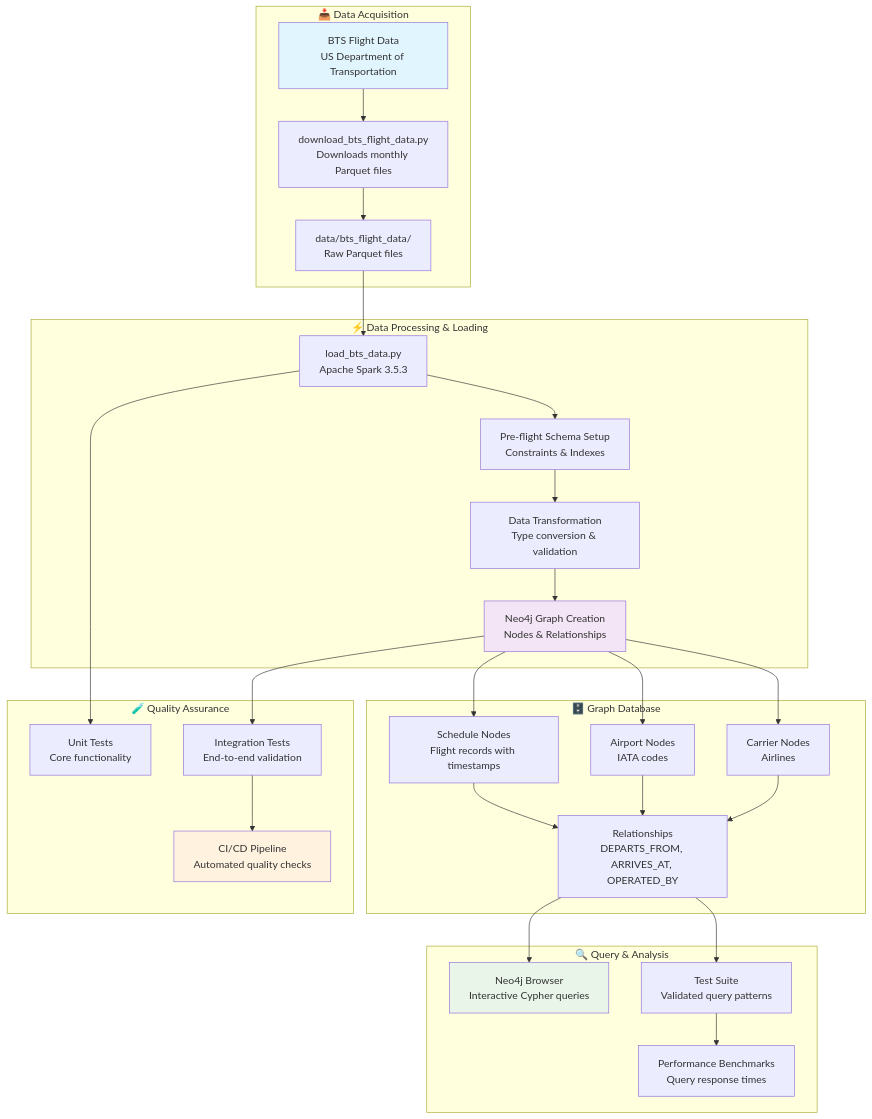
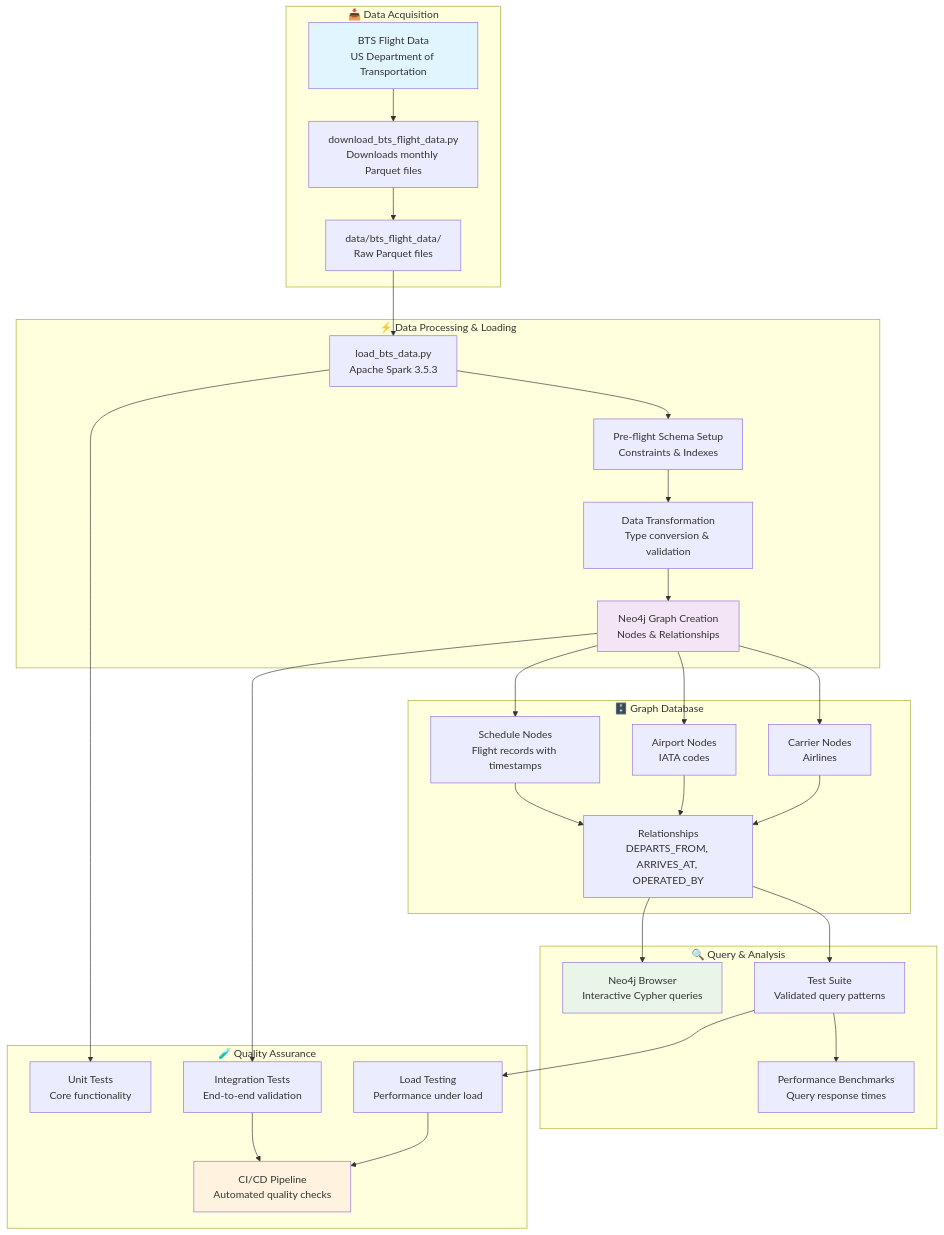
Before and after one commit to alexwoolford/flight-schedule: the diagram in README.md, drawn with Mermaid. The commit also changed other lines of this file and 15 other files, not shown here.

````diff
--- a/README.md
+++ b/README.md
@@ -277,58 +353,61 @@
 ```mermaid
 graph TB
     subgraph "📥 Data Acquisition"
         A[BTS Flight Data<br/>US Department of Transportation]
         B[download_bts_flight_data.py<br/>Downloads monthly Parquet files]
         C[data/bts_flight_data/<br/>Raw Parquet files]
     end
 
     subgraph "⚡ Data Processing & Loading"
         D[load_bts_data.py<br/>Apache Spark 3.5.3]
         E[Pre-flight Schema Setup<br/>Constraints & Indexes]
         F[Data Transformation<br/>Type conversion & validation]
         G[Neo4j Graph Creation<br/>Nodes & Relationships]
     end
 
     subgraph "🗄️ Graph Database"
         H[Schedule Nodes<br/>Flight records with timestamps]
         I[Airport Nodes<br/>IATA codes]
         J[Carrier Nodes<br/>Airlines]
         K[Relationships<br/>DEPARTS_FROM, ARRIVES_AT, OPERATED_BY]
     end
 
     subgraph "🔍 Query & Analysis"
         L[Neo4j Browser<br/>Interactive Cypher queries]
         M[Test Suite<br/>Validated query patterns]
         N[Performance Benchmarks<br/>Query response times]
     end
 
     subgraph "🧪 Quality Assurance"
         O[Unit Tests<br/>Core functionality]
         P[Integration Tests<br/>End-to-end validation]
+        R[Load Testing<br/>Performance under load]
         Q[CI/CD Pipeline<br/>Automated quality checks]
     end
 
     A --> B
     B --> C
     C --> D
     D --> E
     E --> F
     F --> G
     G --> H
     G --> I
     G --> J
     H --> K
     I --> K
     J --> K
     K --> L
     K --> M
     M --> N
     D --> O
     G --> P
+    M --> R
     P --> Q
+    R --> Q
 
     style A fill:#e1f5fe
     style G fill:#f3e5f5
     style L fill:#e8f5e8
     style Q fill:#fff3e0
 ```
````
